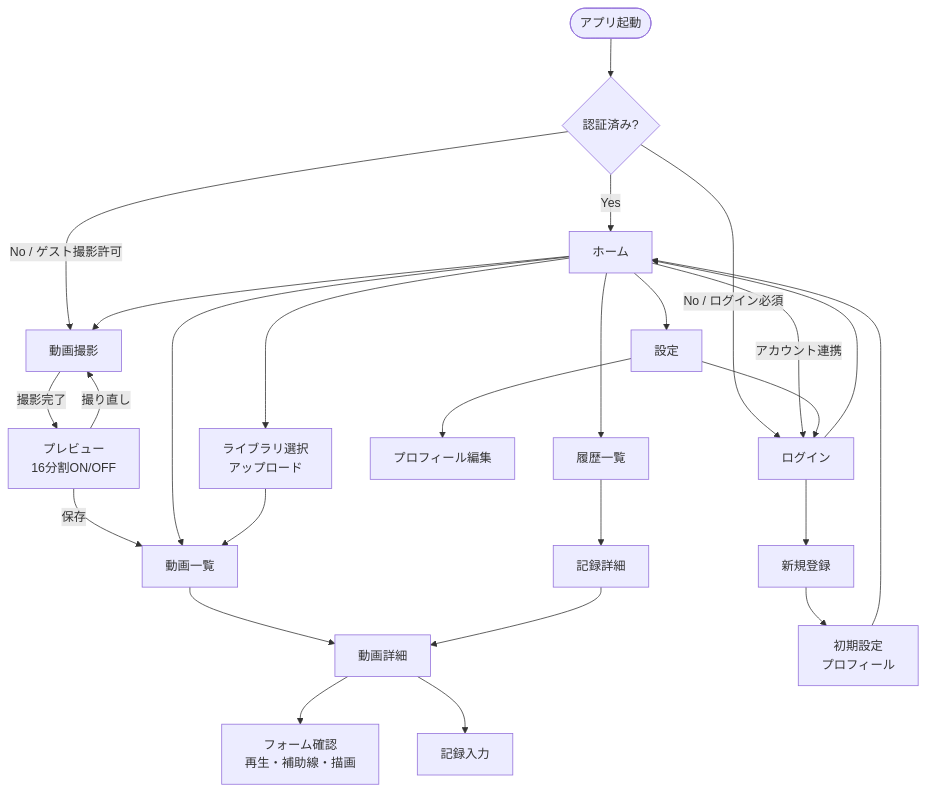
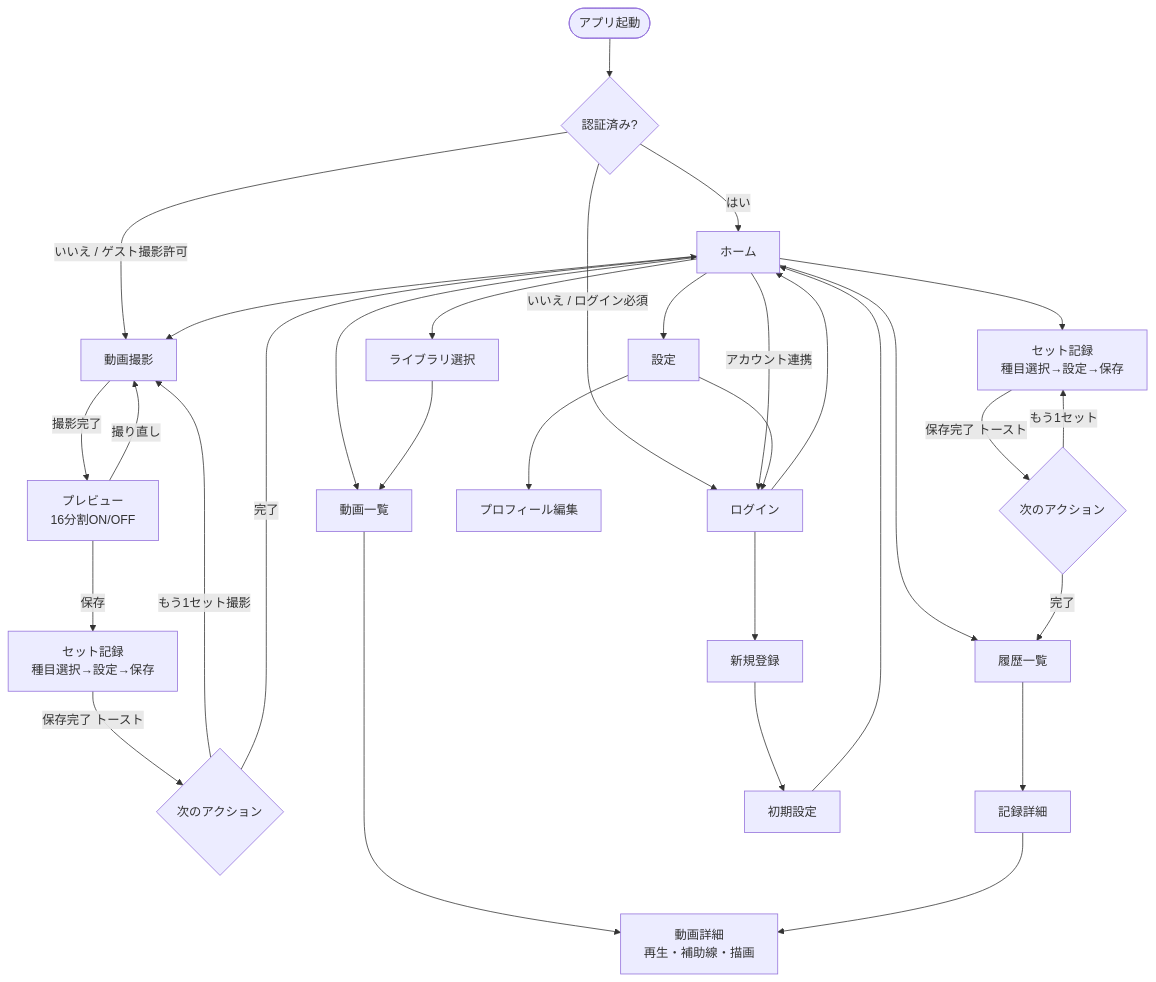
One commit to nori800/gym changed the diagram in docs/architecture/05-screen-transitions.md. Above: the diagram before and after it, drawn with Mermaid. The commit also changed other lines of this file and 67 other files, not shown here.

````diff
--- a/docs/architecture/05-screen-transitions.md
+++ b/docs/architecture/05-screen-transitions.md
@@ -9,42 +26,47 @@
 ```mermaid
 flowchart TD
     START([アプリ起動]) --> AUTH_CHECK{認証済み?}
 
-    %% 未ログイン時の分岐（Decision Log参照）
-    AUTH_CHECK -- Yes --> HOME
-    AUTH_CHECK -- No / ゲスト撮影許可 --> CAPTURE
-    AUTH_CHECK -- No / ログイン必須 --> LOGIN
+    AUTH_CHECK -- はい --> HOME
+    AUTH_CHECK -- いいえ / ゲスト撮影許可 --> CAPTURE
+    AUTH_CHECK -- いいえ / ログイン必須 --> LOGIN
 
-    %% ステップ1: 撮影
+    %% メイン導線
     HOME[ホーム] --> CAPTURE[動画撮影]
     CAPTURE -->|撮影完了| PREVIEW[プレビュー\n16分割ON/OFF]
-    PREVIEW -->|保存| VIDEO_LIST
+    PREVIEW -->|保存| META[セット記録\n種目選択→設定→保存]
     PREVIEW -->|撮り直し| CAPTURE
+    META -->|保存完了 トースト| META_DONE{次のアクション}
+    META_DONE -->|もう1セット撮影| CAPTURE
+    META_DONE -->|完了| HOME
 
-    %% 主要フロー
     HOME --> VIDEO_LIST[動画一覧]
     HOME --> HISTORY[履歴一覧]
     HOME --> SETTINGS[設定]
 
-    VIDEO_LIST --> VIDEO_DETAIL[動画詳細]
-    VIDEO_DETAIL --> FORM_CHECK[フォーム確認\n再生・補助線・描画]
-    VIDEO_DETAIL --> RECORD_INPUT[記録入力]
+    %% セット記録（動画なし）
+    HOME --> NEW_SET[セット記録\n種目選択→設定→保存]
+    NEW_SET -->|保存完了 トースト| SET_DONE{次のアクション}
+    SET_DONE -->|もう1セット| NEW_SET
+    SET_DONE -->|完了| HISTORY
 
+    %% 動画詳細
+    VIDEO_LIST --> VIDEO_DETAIL[動画詳細\n再生・補助線・描画]
     HISTORY --> RECORD_DETAIL[記録詳細]
     RECORD_DETAIL --> VIDEO_DETAIL
 
-    %% 次のステップ群（認証）
+    %% 認証
     HOME -->|アカウント連携| LOGIN[ログイン]
     LOGIN --> SIGNUP[新規登録]
-    SIGNUP --> ONBOARDING[初期設定\nプロフィール]
+    SIGNUP --> ONBOARDING[初期設定]
     LOGIN --> HOME
     ONBOARDING --> HOME
 
     %% 設定
     SETTINGS --> LOGIN
     SETTINGS --> PROFILE_EDIT[プロフィール編集]
 
-    %% ライブラリアップロード
-    HOME --> UPLOAD[ライブラリ選択\nアップロード]
+    %% ライブラリ
+    HOME --> UPLOAD[ライブラリ選択]
     UPLOAD --> VIDEO_LIST
 ```
````
